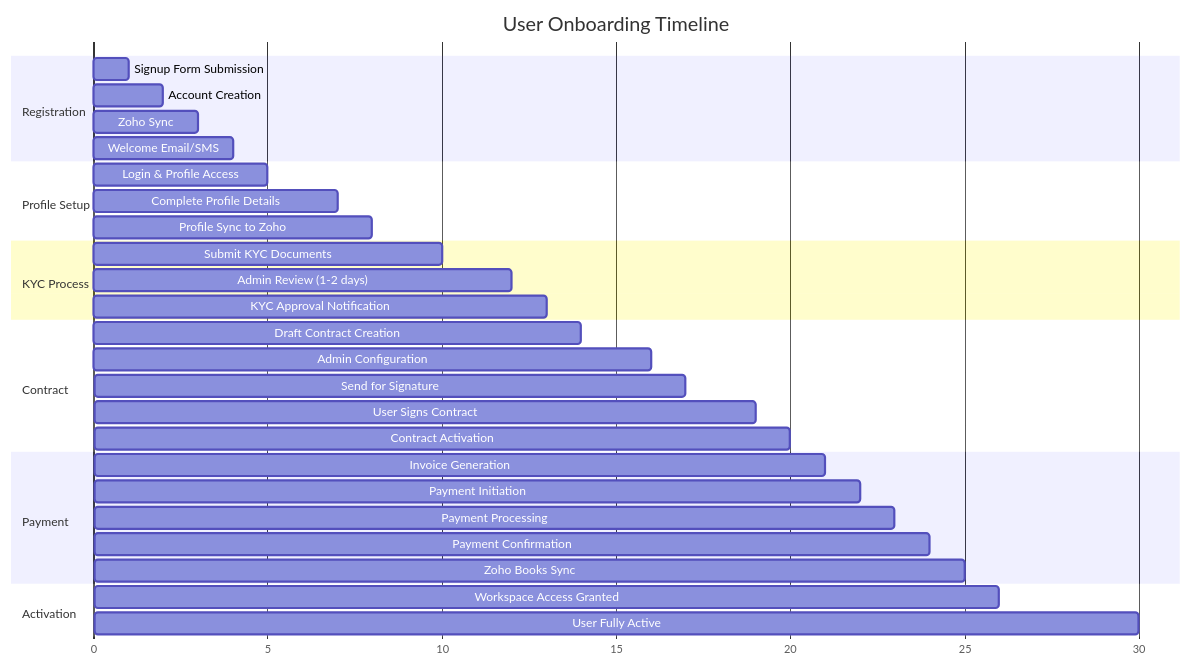
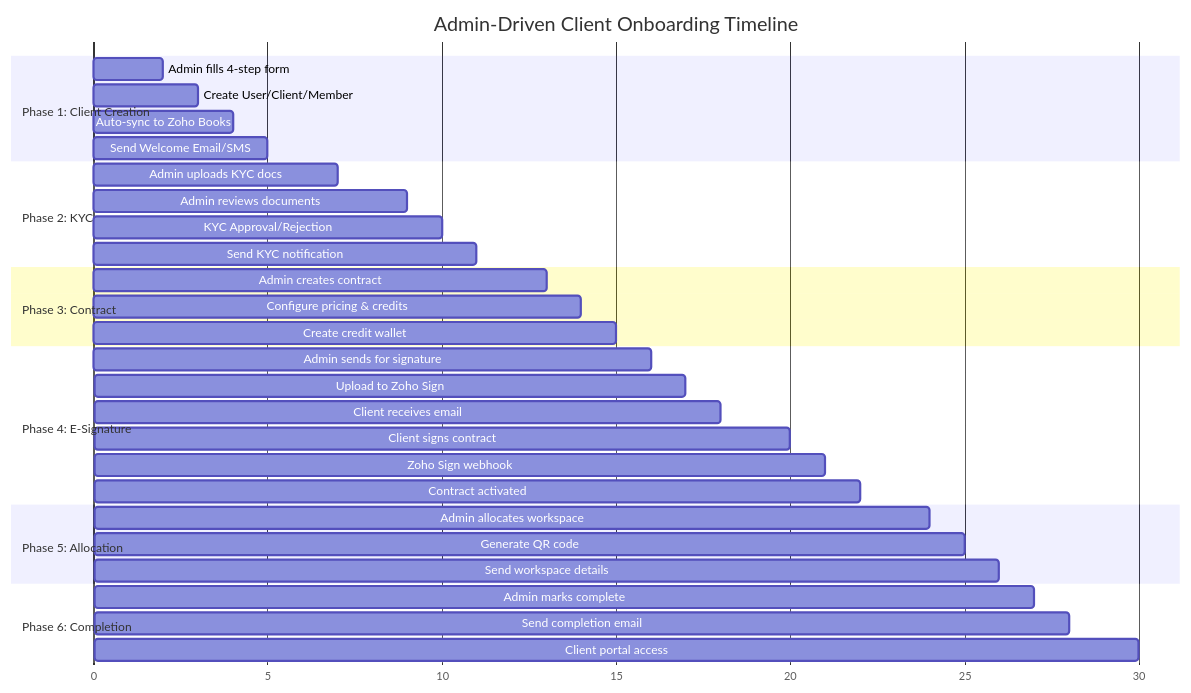
The fifth of 6 diagrams in docs/user-onboarding-journey.md (nasir-flyde/ofis-square-test-server), drawn with Mermaid before and after one commit. The commit also changed other lines of this file and 12 other files, not shown here.

````diff
--- a/docs/user-onboarding-journey.md
+++ b/docs/user-onboarding-journey.md
@@ -430,40 +387,41 @@
 ```mermaid
 gantt
-    title User Onboarding Timeline
+    title Admin-Driven Client Onboarding Timeline
     dateFormat X
     axisFormat %s
     
-    section Registration
-    Signup Form Submission           :0, 1
-    Account Creation                 :1, 2
-    Zoho Sync                       :2, 3
-    Welcome Email/SMS               :3, 4
+    section Phase 1: Client Creation
+    Admin fills 4-step form          :0, 2
+    Create User/Client/Member        :2, 3
+    Auto-sync to Zoho Books         :3, 4
+    Send Welcome Email/SMS          :4, 5
     
-    section Profile Setup
-    Login & Profile Access          :4, 5
-    Complete Profile Details        :5, 7
-    Profile Sync to Zoho           :7, 8
+    section Phase 2: KYC
+    Admin uploads KYC docs          :5, 7
+    Admin reviews documents         :7, 9
+    KYC Approval/Rejection          :9, 10
+    Send KYC notification           :10, 11
     
-    section KYC Process
-    Submit KYC Documents            :8, 10
-    Admin Review (1-2 days)         :10, 12
-    KYC Approval Notification       :12, 13
+    section Phase 3: Contract
+    Admin creates contract          :11, 13
+    Configure pricing & credits     :13, 14
+    Create credit wallet            :14, 15
     
-    section Contract
-    Draft Contract Creation         :13, 14
-    Admin Configuration             :14, 16
-    Send for Signature              :16, 17
-    User Signs Contract             :17, 19
-    Contract Activation             :19, 20
+    section Phase 4: E-Signature
+    Admin sends for signature       :15, 16
+    Upload to Zoho Sign             :16, 17
+    Client receives email           :17, 18
+    Client signs contract           :18, 20
+    Zoho Sign webhook               :20, 21
+    Contract activated              :21, 22
     
-    section Payment
-    Invoice Generation              :20, 21
-    Payment Initiation              :21, 22
-    Payment Processing              :22, 23
-    Payment Confirmation            :23, 24
-    Zoho Books Sync                 :24, 25
+    section Phase 5: Allocation
+    Admin allocates workspace       :22, 24
+    Generate QR code                :24, 25
+    Send workspace details          :25, 26
     
-    section Activation
-    Workspace Access Granted        :25, 26
-    User Fully Active               :26, 30
+    section Phase 6: Completion
+    Admin marks complete            :26, 27
+    Send completion email           :27, 28
+    Client portal access            :28, 30
 ```
````
